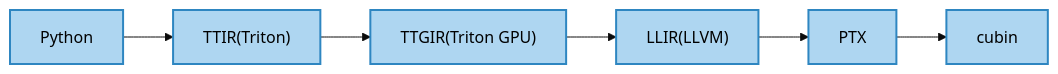
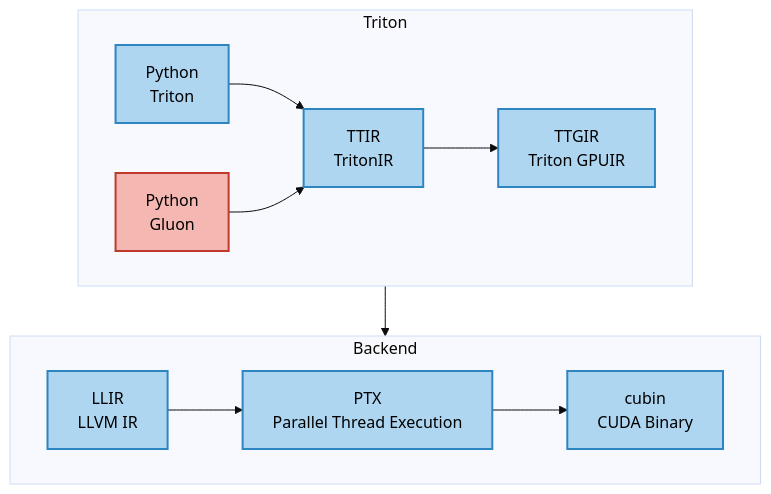
The diagram in README.md (toyaix/triton-runner), drawn with Mermaid (base theme) before and after one commit. The commit also changed other lines of this file, not shown here.

Commit message:
update flowchart

````diff
--- a/README.md
+++ b/README.md
@@ -52,12 +52,20 @@
 ```mermaid
-flowchart LR
+flowchart TB
 
-    A["Python"]:::supported --> B["TTIR(Triton)"]:::supported
-    B --> C["TTGIR(Triton GPU)"]:::supported
-    C --> D["LLIR(LLVM)"]:::supported
-    D --> E["PTX"]:::supported
-    E --> F["cubin"]:::supported
+    subgraph Triton
+        direction LR
+        A["Python<br>Triton"]:::supported --> B["TTIR<br>TritonIR"]:::supported
+        Gluon["Python<br>Gluon"]:::unsupported --> B
+        B --> C["TTGIR<br>Triton GPUIR"]:::supported
+    end
+
+    subgraph Backend
+        direction LR
+        C --> D["LLIR<br>LLVM IR"]:::supported
+        D --> E["PTX<br>Parallel Thread Execution"]:::supported
+        E --> F["cubin<br>CUDA Binary"]:::supported
+    end
 
     classDef supported fill:#AED6F1,stroke:#2E86C1,stroke-width:2px,color:#000000;
-
+    classDef unsupported fill:#F5B7B1,stroke:#C0392B,stroke-width:2px,color:#000000;
 ```
````
